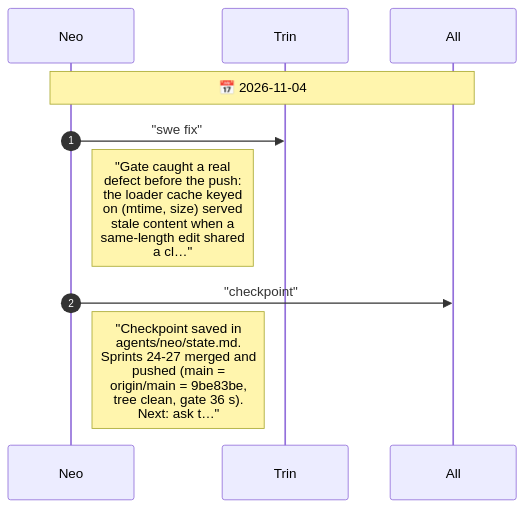
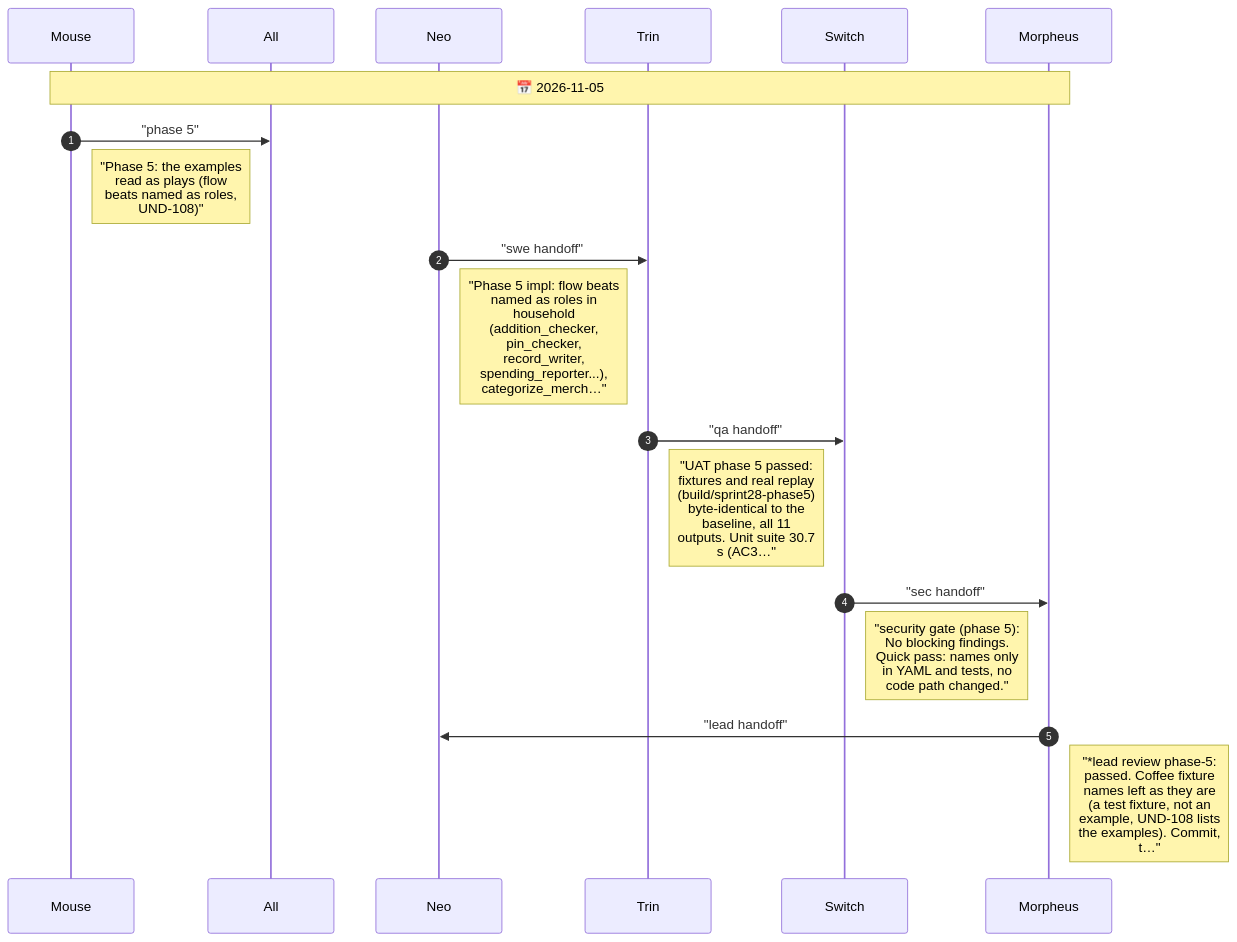
Before and after one commit to drusifer/understudy: diagram 38 of 40 in agents/CHAT.diagram.md, drawn with Mermaid. The commit also changed other lines of this file and 124 other files, not shown here.

````diff
--- a/agents/CHAT.diagram.md
+++ b/agents/CHAT.diagram.md
@@ -1374,13 +1512,22 @@
 ```mermaid
 %%{init: {"sequence": {"messageFontSize": 14, "noteFontSize": 18, "actorFontSize": 14}}}%%
 sequenceDiagram
     autonumber
+    participant Mouse
+    participant All
     participant Neo
     participant Trin
-    participant All
-    Note over Neo,All: 📅 2026-11-04
-    Neo->>Trin: "swe fix"
-    Note right of Neo: "Gate caught a real<br/>defect before the push:<br/>the loader cache keyed<br/>on (mtime, size) served<br/>stale content when a<br/>same-length edit shared<br/>a cl…"
-    Neo->>All: "checkpoint"
-    Note right of Neo: "Checkpoint saved in<br/>agents/neo/state.md.<br/>Sprints 24-27 merged and<br/>pushed (main =<br/>origin/main = 9be83be,<br/>tree clean, gate 36 s).<br/>Next: ask t…"
+    participant Switch
+    participant Morpheus
+    Note over Mouse,Morpheus: 📅 2026-11-05
+    Mouse->>All: "phase 5"
+    Note right of Mouse: "Phase 5: the examples<br/>read as plays (flow<br/>beats named as roles,<br/>UND-108)"
+    Neo->>Trin: "swe handoff"
+    Note right of Neo: "Phase 5 impl: flow beats<br/>named as roles in<br/>household<br/>(addition_checker,<br/>pin_checker,<br/>record_writer,<br/>spending_reporter...),<br/>categorize_merch…"
+    Trin->>Switch: "qa handoff"
+    Note right of Trin: "UAT phase 5 passed:<br/>fixtures and real replay<br/>(build/sprint28-phase5)<br/>byte-identical to the<br/>baseline, all 11<br/>outputs. Unit suite 30.7<br/>s (AC3…"
+    Switch->>Morpheus: "sec handoff"
+    Note right of Switch: "security gate (phase 5):<br/>No blocking findings.<br/>Quick pass: names only<br/>in YAML and tests, no<br/>code path changed."
+    Morpheus->>Neo: "lead handoff"
+    Note right of Morpheus: "*lead review phase-5:<br/>passed. Coffee fixture<br/>names left as they are<br/>(a test fixture, not an<br/>example, UND-108 lists<br/>the examples). Commit,<br/>t…"
 ```
````
